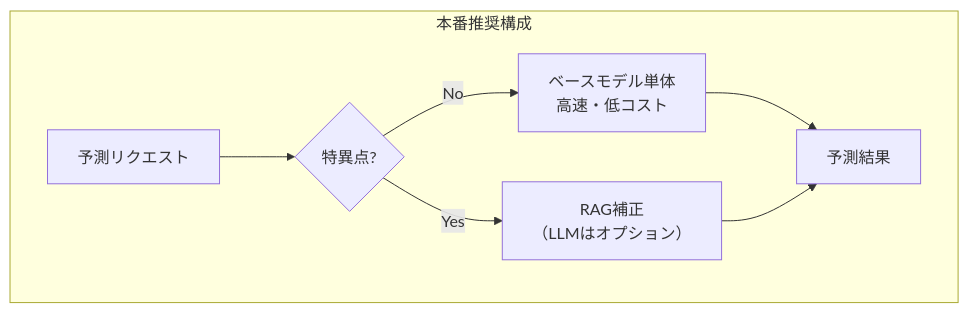
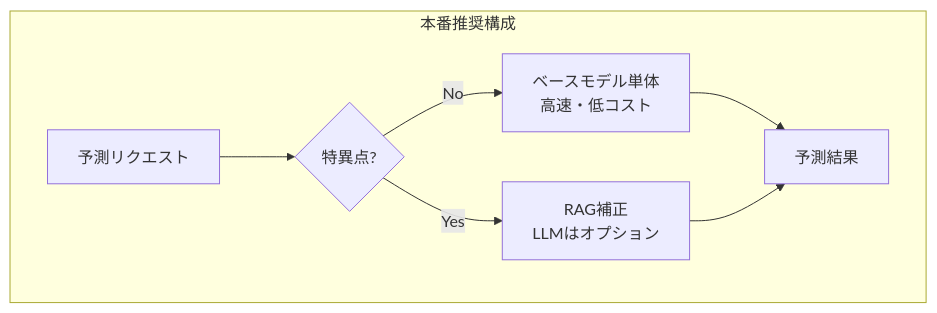
Diagram 21 of 21 in power_demand_llm_final_report_v2.md (kiwiiosaru-jp/shinkijigyou_AI_Agent_demo), drawn with Mermaid before and after one commit. The commit also changed other lines of this file, not shown here.

````diff
--- a/power_demand_llm_final_report_v2.md
+++ b/power_demand_llm_final_report_v2.md
@@ -1609,10 +1609,10 @@
 ```mermaid
 flowchart TD
     subgraph Production["本番推奨構成"]
         Input[予測リクエスト] --> Gate{特異点?}
         Gate -->|No| Base[ベースモデル単体<br/>高速・低コスト]
-        Gate -->|Yes| RAG[RAG補正<br/>（LLMはオプション）]
+        Gate -->|Yes| RAG["RAG補正<br/>LLMはオプション"]
         Base --> Output[予測結果]
         RAG --> Output
     end
 ```
````
